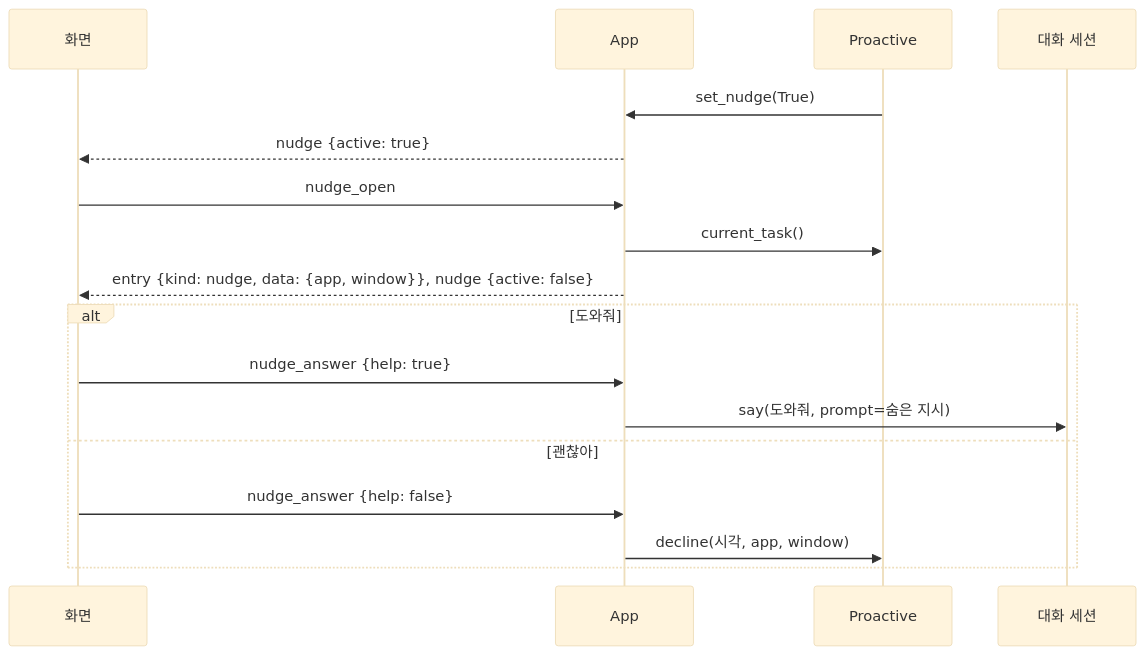
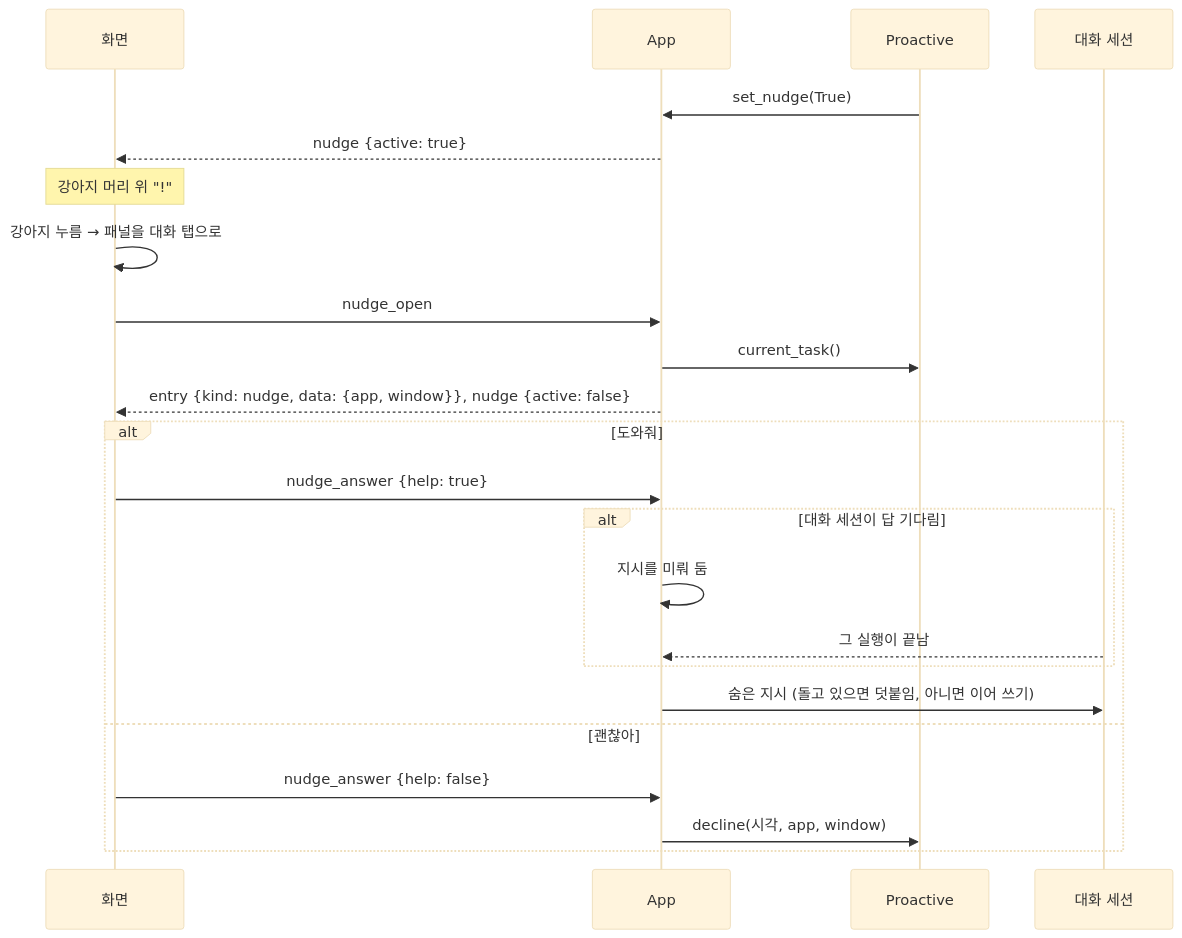
Diagram 12 of 21 in ARCHITECTURE.md (HEOSEONGILml/AssistantChatBot), drawn with Mermaid (base theme) before and after one commit. The commit also changed other lines of this file and 10 other files, not shown here.

````diff
--- a/ARCHITECTURE.md
+++ b/ARCHITECTURE.md
@@ -352,19 +355,25 @@
 ```mermaid
 sequenceDiagram
   participant FE as 화면
   participant A as App
   participant P as Proactive
   participant CC as 대화 세션
   P->>A: set_nudge(True)
   A-->>FE: nudge {active: true}
+  Note over FE: 강아지 머리 위 "!"
+  FE->>FE: 강아지 누름 → 패널을 대화 탭으로
   FE->>A: nudge_open
   A->>P: current_task()
   A-->>FE: entry {kind: nudge, data: {app, window}}, nudge {active: false}
   alt 도와줘
     FE->>A: nudge_answer {help: true}
-    A->>CC: say(도와줘, prompt=숨은 지시)
+    alt 대화 세션이 답 기다림
+      A->>A: 지시를 미뤄 둠
+      CC-->>A: 그 실행이 끝남
+    end
+    A->>CC: 숨은 지시 (돌고 있으면 덧붙임, 아니면 이어 쓰기)
   else 괜찮아
     FE->>A: nudge_answer {help: false}
     A->>P: decline(시각, app, window)
   end
 ```
````
